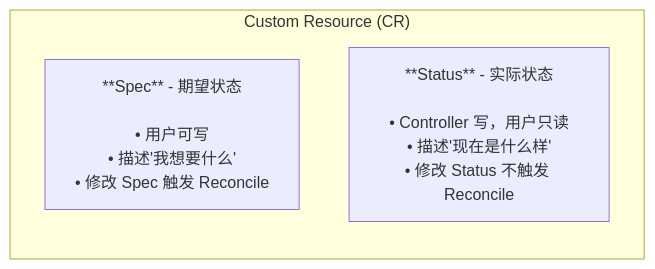
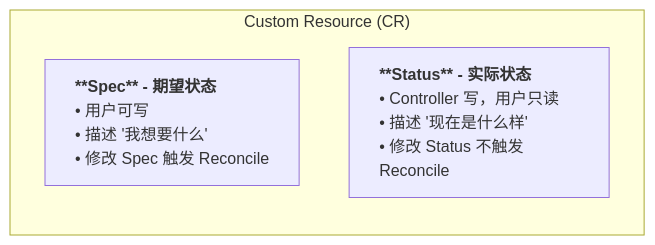
Before and after one commit to Eivs/operator-learning: the diagram in 06-api-design.md, drawn with Mermaid. The commit also changed 3 other files, not shown here.

Commit message:
fix: improve flowchart readability and enhance API design clarity

````diff
--- a/06-api-design.md
+++ b/06-api-design.md
@@ -9,7 +9,10 @@
 ```mermaid
 flowchart LR
     subgraph CR["Custom Resource (CR)"]
-        SpecBox["**Spec** - 期望状态<br/><br/>• 用户可写<br/>• 描述'我想要什么'<br/>• 修改 Spec 触发 Reconcile"]
-        StatusBox["**Status** - 实际状态<br/><br/>• Controller 写，用户只读<br/>• 描述'现在是什么样'<br/>• 修改 Status 不触发 Reconcile"]
+        SpecBox["<b>**Spec** - 期望状态</b><br/>• 用户可写<br/>• 描述 '我想要什么'<br/>• 修改 Spec 触发 Reconcile"]
+        StatusBox["<b>**Status** - 实际状态</b><br/>• Controller 写，用户只读<br/>• 描述 '现在是什么样'<br/>• 修改 Status 不触发 Reconcile"]
     end
+
+ style SpecBox text-align:left
+ style StatusBox text-align:left
 ```
````
